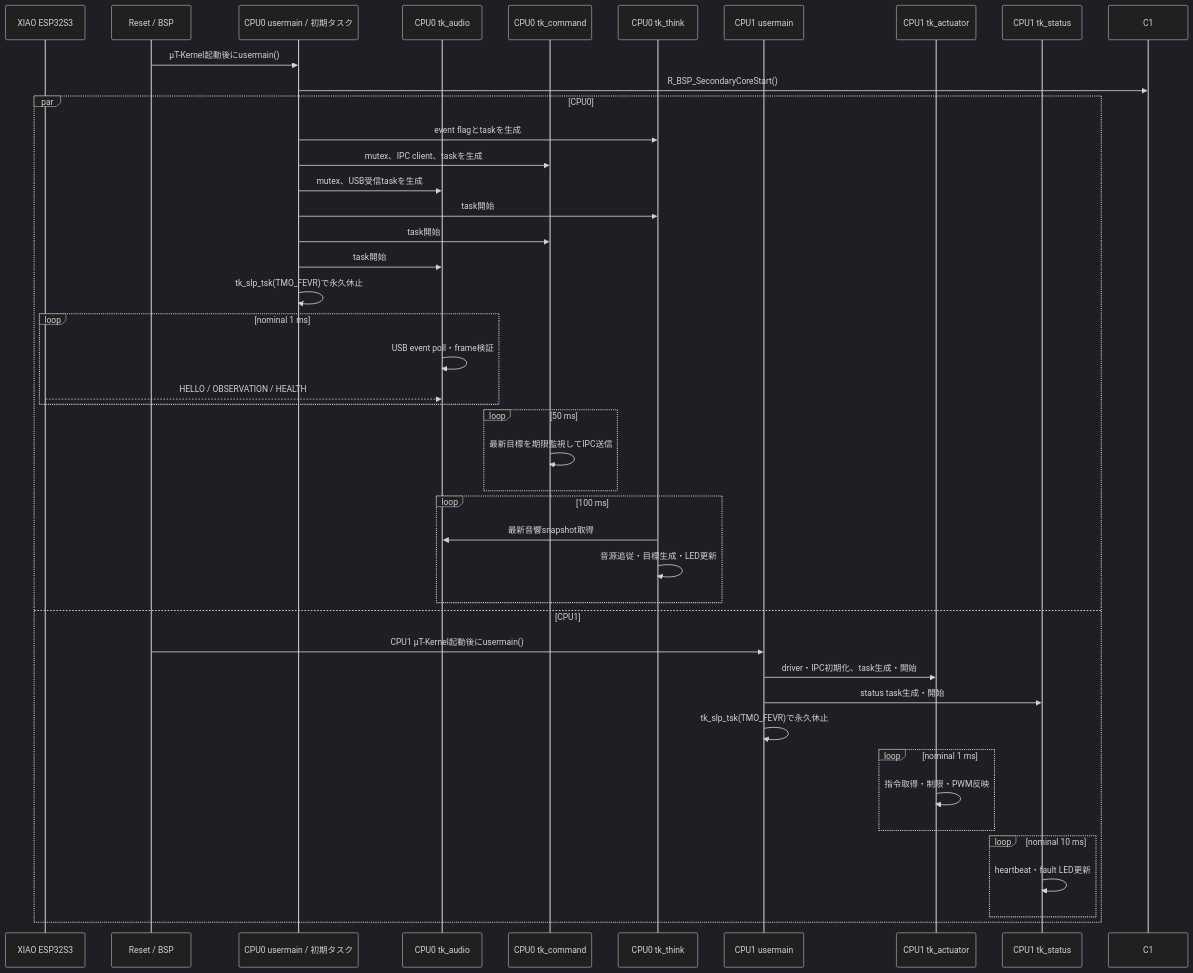
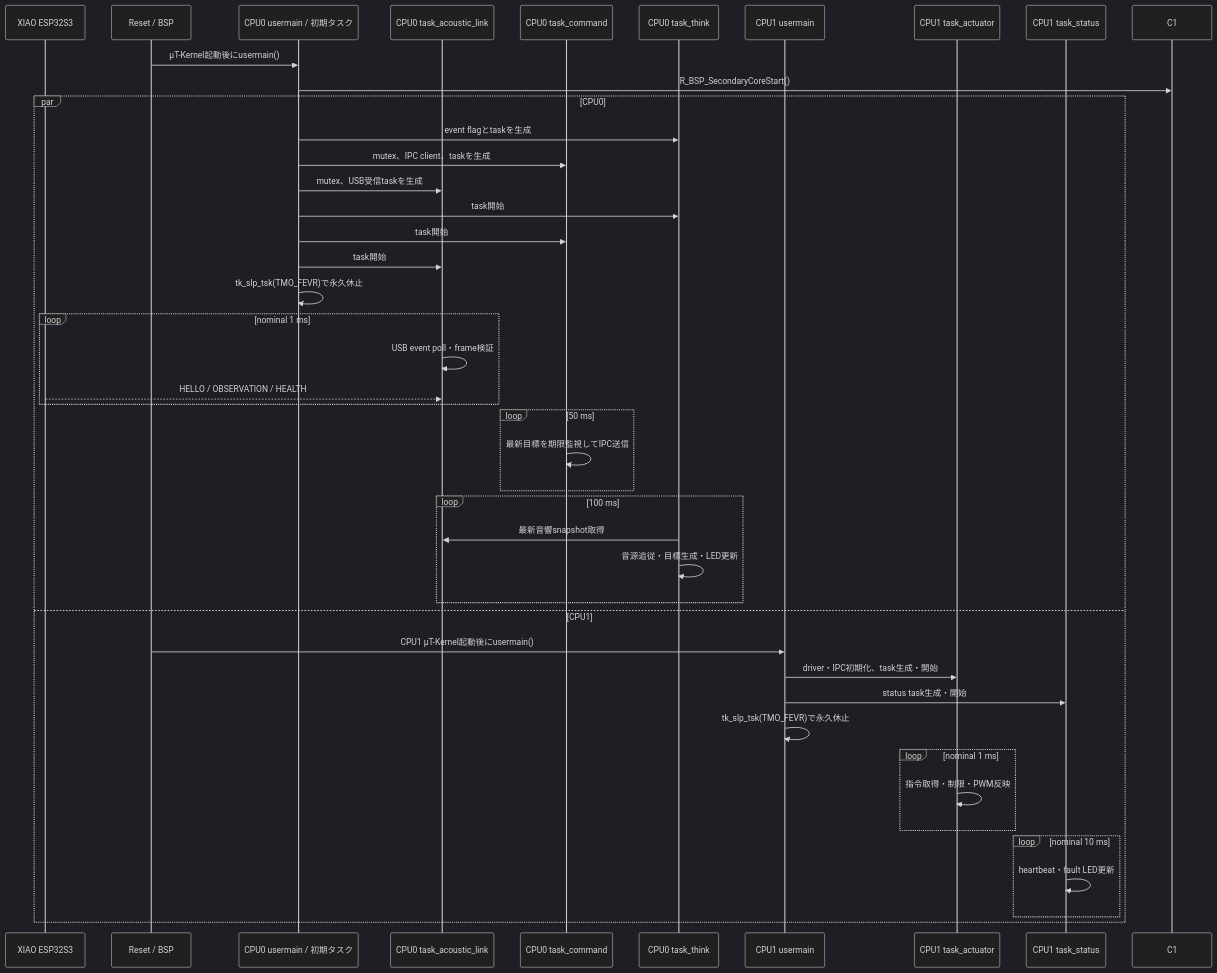
Before and after one commit to horned128/sound-exploration-rover: the second of 6 diagrams in docs/firmware/ARCHITECTURE.md, drawn with Mermaid (dark theme). The commit also changed other lines of this file and 107 other files, not shown here.

````diff
--- a/docs/firmware/ARCHITECTURE.md
+++ b/docs/firmware/ARCHITECTURE.md
@@ -171,46 +172,46 @@
 ```mermaid
 sequenceDiagram
     participant ESP as XIAO ESP32S3
     participant RESET as Reset / BSP
     participant MAIN as CPU0 usermain / 初期タスク
-    participant AUDIO as CPU0 tk_audio
-    participant CMD as CPU0 tk_command
-    participant THINK as CPU0 tk_think
+    participant AUDIO as CPU0 task_acoustic_link
+    participant CMD as CPU0 task_command
+    participant THINK as CPU0 task_think
     participant C1MAIN as CPU1 usermain
-    participant C1ACT as CPU1 tk_actuator
-    participant C1STAT as CPU1 tk_status
+    participant C1ACT as CPU1 task_actuator
+    participant C1STAT as CPU1 task_status
 
     RESET->>MAIN: μT-Kernel起動後にusermain()
     MAIN->>C1: R_BSP_SecondaryCoreStart()
     par CPU0
         MAIN->>THINK: event flagとtaskを生成
         MAIN->>CMD: mutex、IPC client、taskを生成
         MAIN->>AUDIO: mutex、USB受信taskを生成
         MAIN->>THINK: task開始
         MAIN->>CMD: task開始
         MAIN->>AUDIO: task開始
         MAIN->>MAIN: tk_slp_tsk(TMO_FEVR)で永久休止
         loop nominal 1 ms
             AUDIO->>AUDIO: USB event poll・frame検証
             ESP-->>AUDIO: HELLO / OBSERVATION / HEALTH
         end
         loop 50 ms
             CMD->>CMD: 最新目標を期限監視してIPC送信
         end
         loop 100 ms
             THINK->>AUDIO: 最新音響snapshot取得
             THINK->>THINK: 音源追従・目標生成・LED更新
     end
     and CPU1
         RESET->>C1MAIN: CPU1 μT-Kernel起動後にusermain()
         C1MAIN->>C1ACT: driver・IPC初期化、task生成・開始
         C1MAIN->>C1STAT: status task生成・開始
         C1MAIN->>C1MAIN: tk_slp_tsk(TMO_FEVR)で永久休止
         loop nominal 1 ms
             C1ACT->>C1ACT: 指令取得・制限・PWM反映
         end
         loop nominal 10 ms
             C1STAT->>C1STAT: heartbeat・fault LED更新
         end
     end
 ```
````
